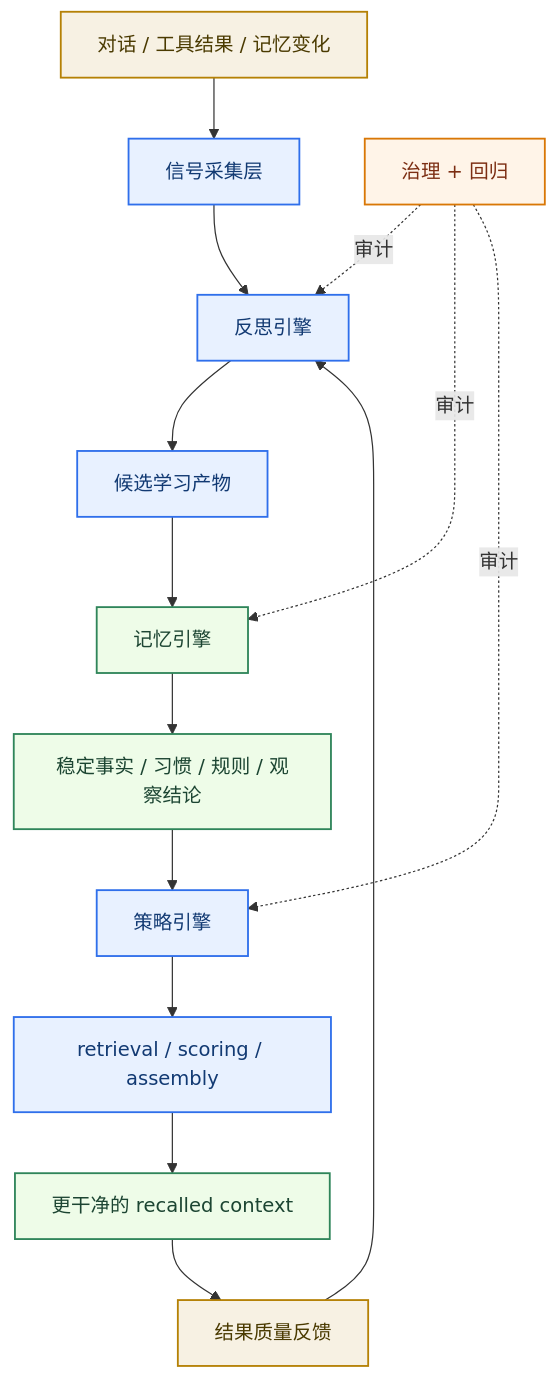
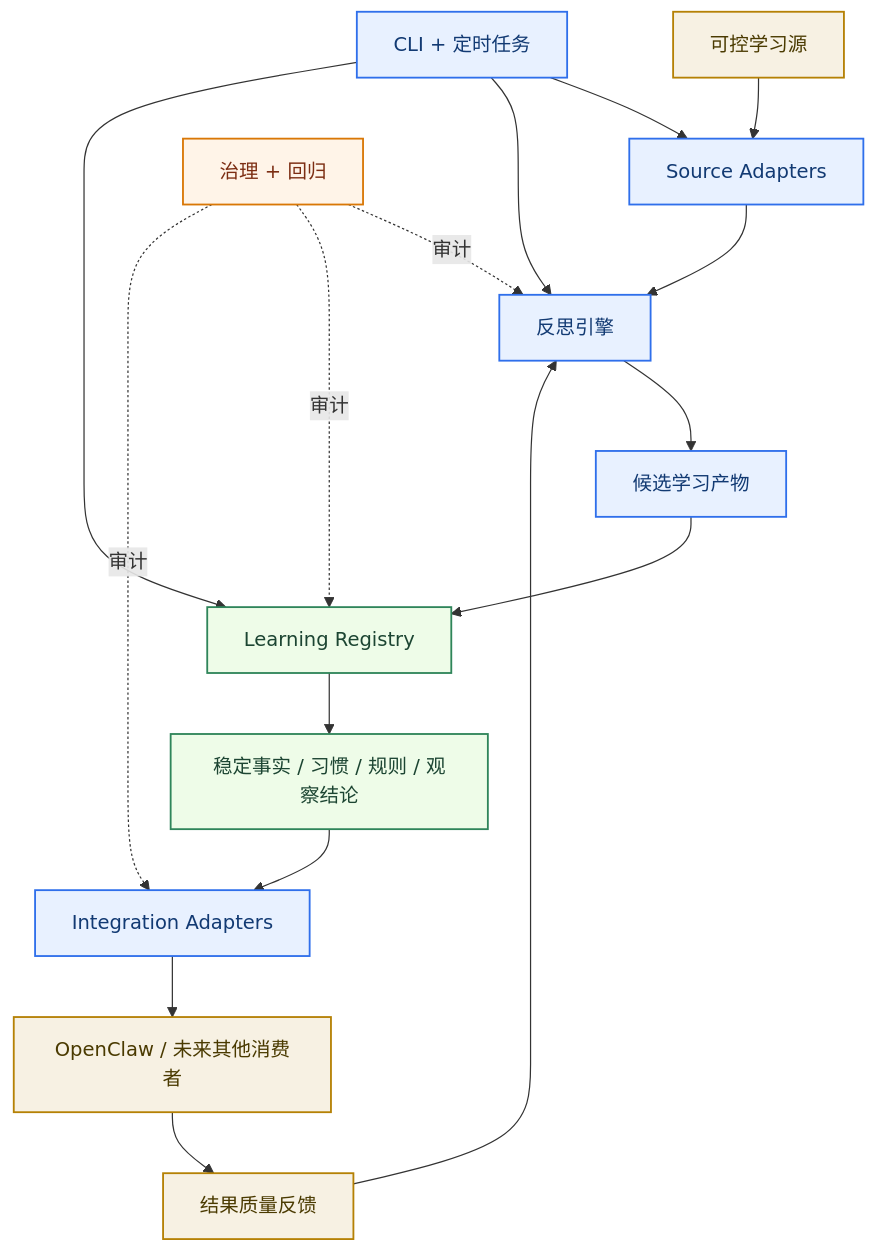
Before and after one commit to redcreen/memory-context-claw: the sixth of 10 diagrams in self-learning-architecture.md, drawn with Mermaid. The commit also changed other lines of this file and 4 other files, not shown here.

Commit message:
Refine self-learning architecture boundaries

````diff
--- a/self-learning-architecture.md
+++ b/self-learning-architecture.md
@@ -527,26 +714,28 @@
 ```mermaid
 flowchart TB
-    A["对话 / 工具结果 / 记忆变化"] --> B["信号采集层"]
+    A["可控学习源"] --> B["Source Adapters"]
     B --> C["反思引擎"]
     C --> D["候选学习产物"]
-    D --> E["记忆引擎"]
+    D --> E["Learning Registry"]
     E --> F["稳定事实 / 习惯 / 规则 / 观察结论"]
-    F --> G["策略引擎"]
-    G --> H["retrieval / scoring / assembly"]
-    H --> I["更干净的 recalled context"]
-    I --> J["结果质量反馈"]
+    F --> G["Integration Adapters"]
+    G --> H["OpenClaw / 未来其他消费者"]
+    H --> I["结果质量反馈"]
+    I --> C
+
+    J["CLI + 定时任务"] --> B
     J --> C
-
+    J --> E
     K["治理 + 回归"] -. 审计 .-> C
     K -. 审计 .-> E
     K -. 审计 .-> G
 
     classDef input fill:#f7f1e3,stroke:#b58105,color:#4a3a00,stroke-width:1.5px;
     classDef core fill:#e8f1ff,stroke:#2f6feb,color:#123a73,stroke-width:1.5px;
     classDef memory fill:#eefce8,stroke:#2f855a,color:#1c4532,stroke-width:1.5px;
     classDef ops fill:#fff4e8,stroke:#d97706,color:#7c2d12,stroke-width:1.5px;
-    class A,J input;
-    class B,C,D,G,H core;
-    class E,F,I memory;
+    class A,H,I input;
+    class B,C,D,G,J core;
+    class E,F memory;
     class K ops;
 ```
````
